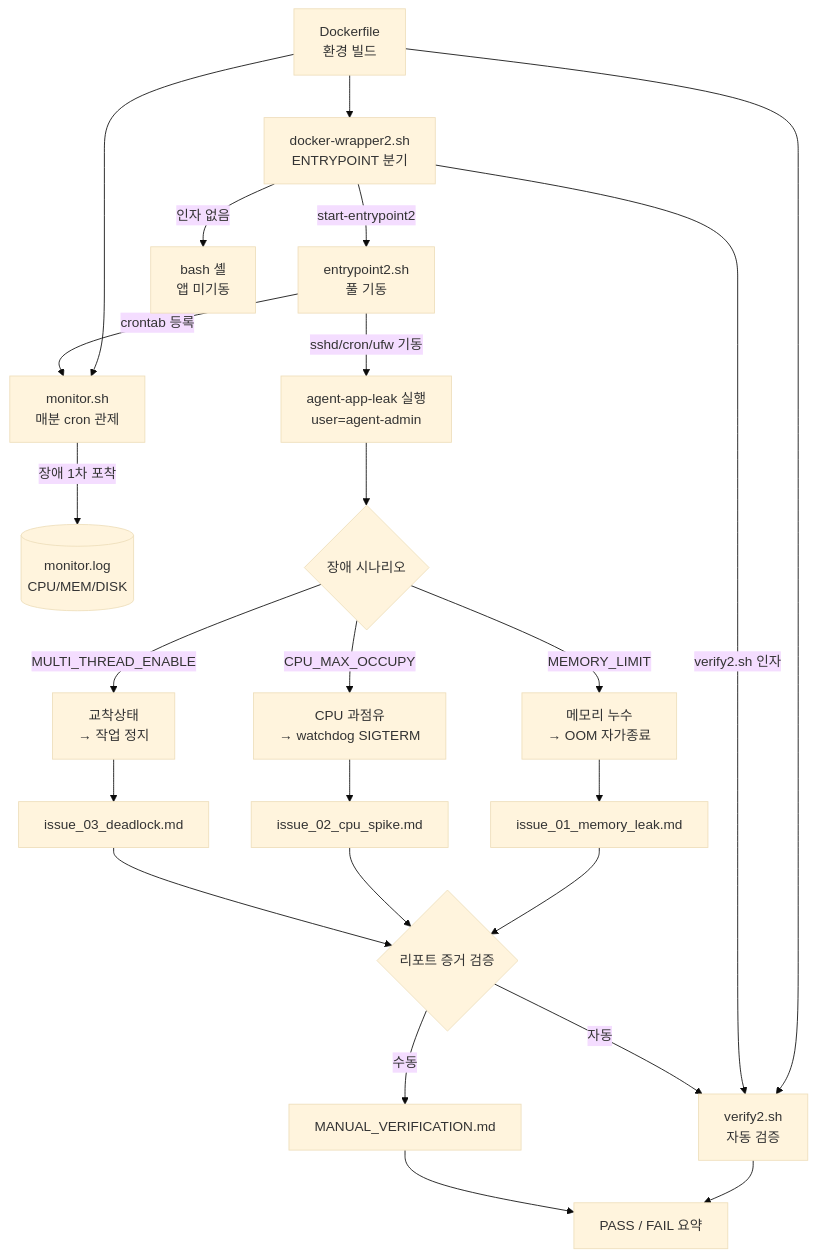
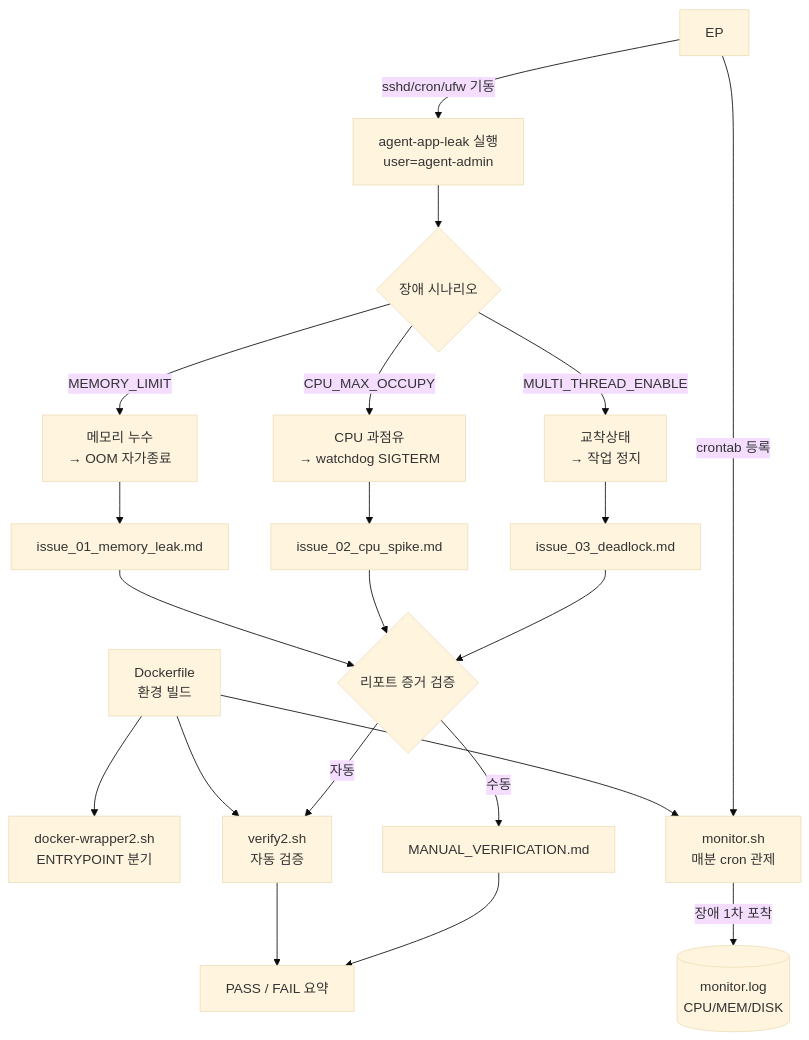
The first of 2 diagrams in architecture.md (kjs83036/AI-SW-Basic-B1-2), drawn with Mermaid (base theme) before and after one commit.

````diff
--- a/architecture.md
+++ b/architecture.md
@@ -5,29 +5,25 @@
 ```mermaid
 flowchart TD
     DF[Dockerfile<br/>환경 빌드] --> WRAP[docker-wrapper2.sh<br/>ENTRYPOINT 분기]
     DF --> MON[monitor.sh<br/>매분 cron 관제]
     DF --> VS[verify2.sh<br/>자동 검증]
-
-    WRAP -->|start-entrypoint2| EP[entrypoint2.sh<br/>풀 기동]
-    WRAP -->|verify2.sh 인자| VS
-    WRAP -->|인자 없음| SH[bash 셸<br/>앱 미기동]
 
     EP -->|sshd/cron/ufw 기동| RUN[agent-app-leak 실행<br/>user=agent-admin]
     EP -->|crontab 등록| MON
     MON -->|장애 1차 포착| LOG[(monitor.log<br/>CPU/MEM/DISK)]
 
     RUN --> SC{장애 시나리오}
     SC -->|MEMORY_LIMIT| M1[메모리 누수<br/>→ OOM 자가종료]
     SC -->|CPU_MAX_OCCUPY| M2[CPU 과점유<br/>→ watchdog SIGTERM]
     SC -->|MULTI_THREAD_ENABLE| M3[교착상태<br/>→ 작업 정지]
 
     M1 --> R1[issue_01_memory_leak.md]
     M2 --> R2[issue_02_cpu_spike.md]
     M3 --> R3[issue_03_deadlock.md]
 
     R1 & R2 & R3 --> V{리포트 증거 검증}
     V -->|자동| VS
     V -->|수동| MV[MANUAL_VERIFICATION.md]
     VS --> RESULT[PASS / FAIL 요약]
     MV --> RESULT
 ```
````
